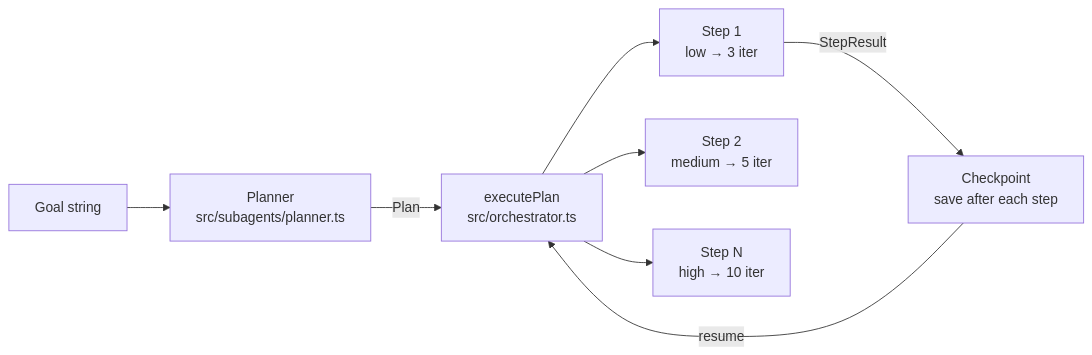
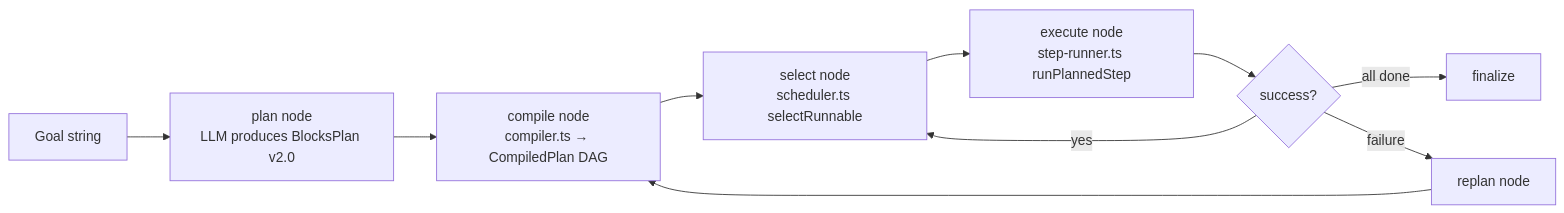
The fourth of 7 diagrams in docs/architecture.md (huberp/agentloop), drawn with Mermaid before and after one commit. The commit also changed other lines of this file and 26 other files, not shown here.

First line of the commit message:
refactor: remove orchestrator and subagent manager files; streamline execution flow

````diff
--- a/docs/architecture.md
+++ b/docs/architecture.md
@@ -135,10 +126,12 @@
 ```mermaid
 graph LR
-    Goal[Goal string] --> Planner[Planner<br>src/subagents/planner.ts]
-    Planner -->|Plan| Orchestrator[executePlan<br>src/orchestrator.ts]
-    Orchestrator --> Step1[Step 1<br>low → 3 iter]
-    Orchestrator --> Step2[Step 2<br>medium → 5 iter]
-    Orchestrator --> StepN[Step N<br>high → 10 iter]
-    Step1 -->|StepResult| Checkpoint[Checkpoint<br>save after each step]
-    Checkpoint -->|resume| Orchestrator
+    Goal[Goal string] --> PlanNode[plan node<br>LLM produces BlocksPlan v2.0]
+    PlanNode --> CompileNode[compile node<br>compiler.ts → CompiledPlan DAG]
+    CompileNode --> SelectNode[select node<br>scheduler.ts selectRunnable]
+    SelectNode --> ExecNode[execute node<br>step-runner.ts runPlannedStep]
+    ExecNode --> HandleNode{success?}
+    HandleNode -->|yes| SelectNode
+    HandleNode -->|all done| FinalNode[finalize]
+    HandleNode -->|failure| ReplanNode[replan node]
+    ReplanNode --> CompileNode
 ```
````
